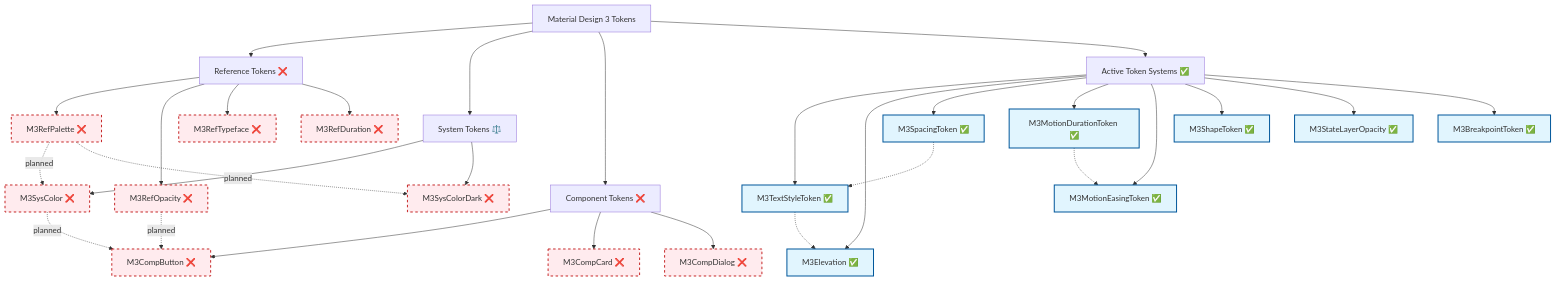
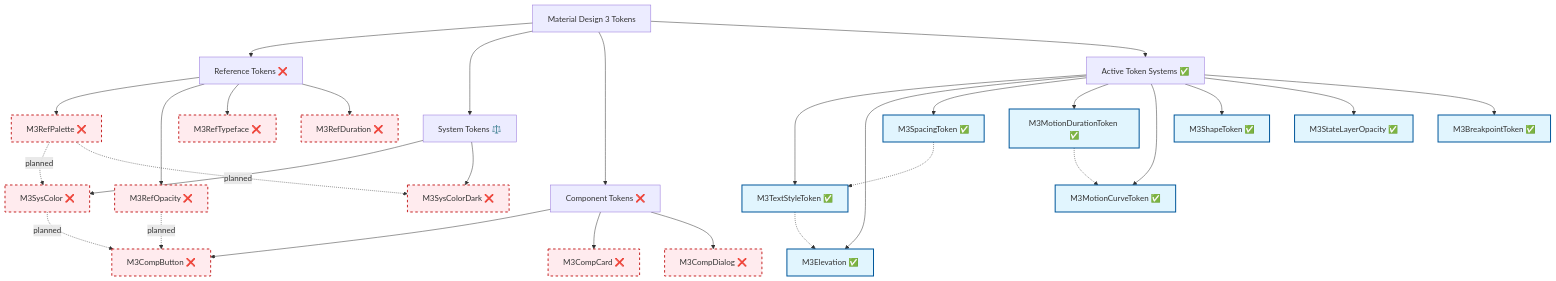
The first of 5 diagrams in documentation/material_design/en_US/maps/Token Map.md (fluttely/material_design), drawn with Mermaid before and after one commit. The commit also changed other lines of this file and 18 other files, not shown here.

````diff
--- a/documentation/material_design/en_US/maps/Token Map.md
+++ b/documentation/material_design/en_US/maps/Token Map.md
@@ -29,45 +29,45 @@
 ```mermaid
 graph TD
     A[Material Design 3 Tokens] --> B[Reference Tokens ❌]
     A --> C[System Tokens ⚖️]
     A --> D[Component Tokens ❌]
     A --> E[Active Token Systems ✅]
 
     B --> B1[M3RefPalette ❌]
     B --> B2[M3RefOpacity ❌]
     B --> B3[M3RefTypeface ❌]
     B --> B4[M3RefDuration ❌]
 
     C --> C1[M3SysColor ❌]
     C --> C2[M3SysColorDark ❌]
 
     D --> D1[M3CompButton ❌]
     D --> D2[M3CompCard ❌]
     D --> D3[M3CompDialog ❌]
 
     E --> E1[M3TextStyleToken ✅]
     E --> E2[M3Elevation ✅]
     E --> E3[M3SpacingToken ✅]
     E --> E4[M3MotionDurationToken ✅]
-    E --> E5[M3MotionEasingToken ✅]
+    E --> E5[M3MotionCurveToken ✅]
     E --> E6[M3ShapeToken ✅]
     E --> E7[M3StateLayerOpacity ✅]
     E --> E8[M3BreakpointToken ✅]
 
     %% Active dependencies (green)
     E1 -.-> E2
     E3 -.-> E1
     E4 -.-> E5
 
     %% Planned dependencies (red dashed)
     B1 -.->|planned| C1
     B1 -.->|planned| C2
     B2 -.->|planned| D1
     C1 -.->|planned| D1
 
     classDef activeToken fill:#e1f5fe,stroke:#01579b,stroke-width:2px
     classDef inactiveToken fill:#ffebee,stroke:#c62828,stroke-width:2px,stroke-dasharray: 5 5
 
     class E1,E2,E3,E4,E5,E6,E7,E8 activeToken
     class B1,B2,B3,B4,C1,C2,D1,D2,D3 inactiveToken
 ```
````
